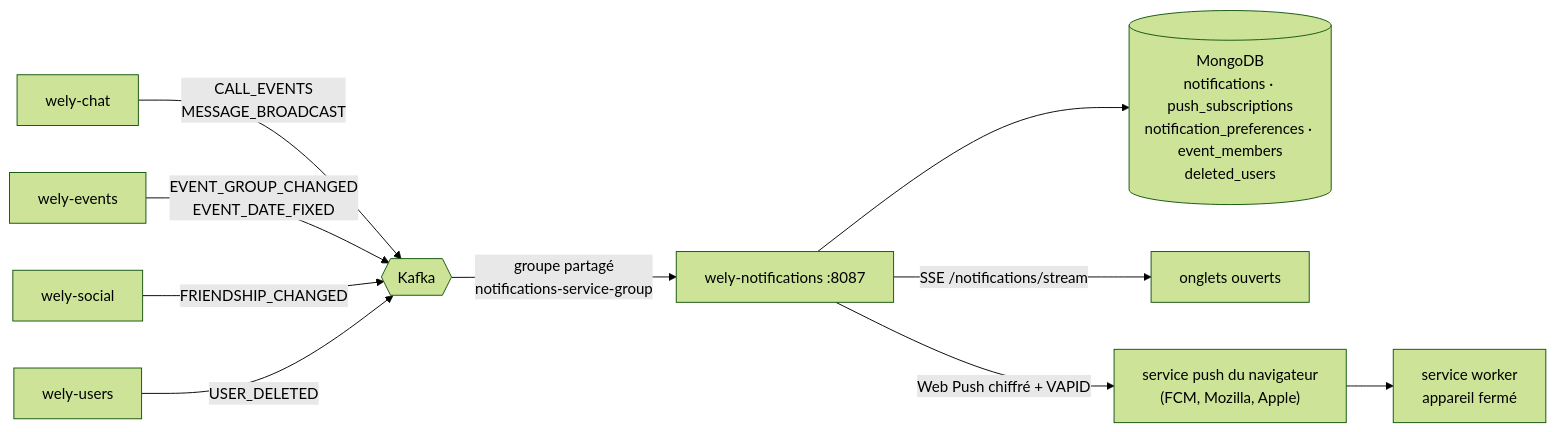
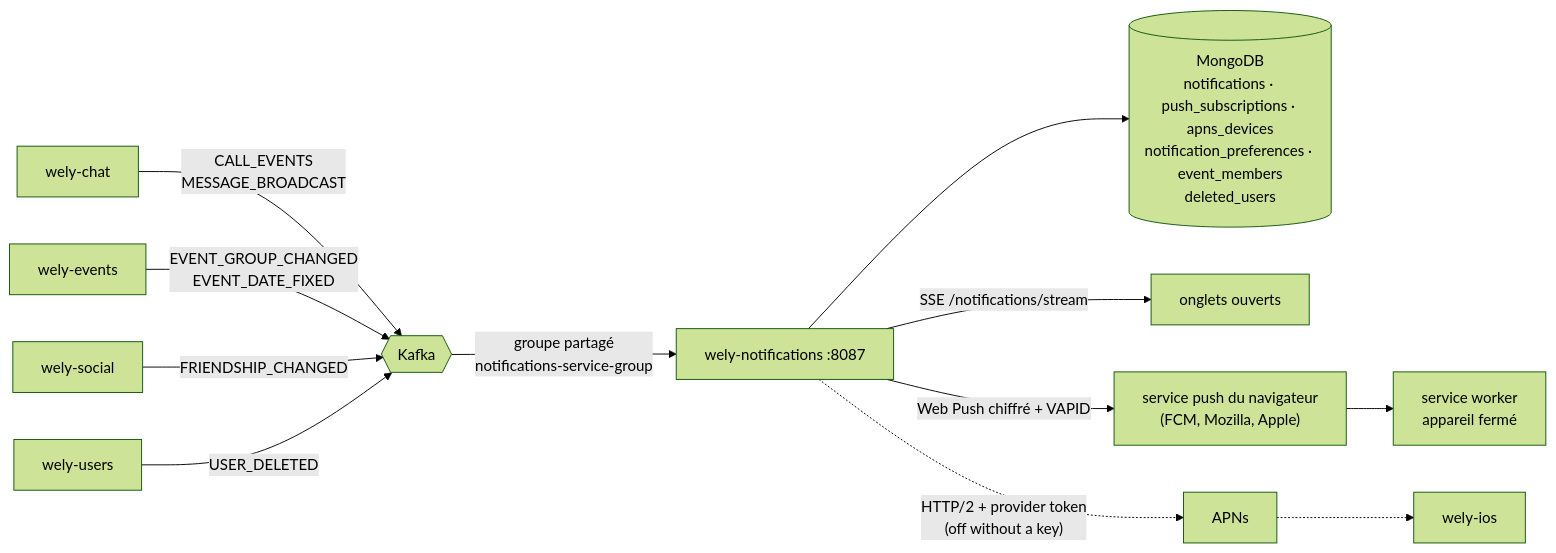
The diagram in README.md (WelyLabs/wely-notifications), drawn with Mermaid (forest theme) before and after one commit. The commit also changed other lines of this file and 46 other files, not shown here.

First line of the commit message:
feat(push): native iOS push through APNs, off until a key is configured

````diff
--- a/README.md
+++ b/README.md
@@ -39,14 +39,16 @@
 ```mermaid
 graph LR
     CHAT["wely-chat"] -->|"CALL_EVENTS<br/>MESSAGE_BROADCAST"| K{{Kafka}}
     EVT["wely-events"] -->|"EVENT_GROUP_CHANGED<br/>EVENT_DATE_FIXED"| K
     SOC["wely-social"] -->|"FRIENDSHIP_CHANGED"| K
     USR["wely-users"] -->|"USER_DELETED"| K
 
     K -->|"groupe partagé<br/>notifications-service-group"| N["wely-notifications :8087"]
 
-    N --> DB[("MongoDB<br/>notifications · push_subscriptions<br/>notification_preferences · event_members<br/>deleted_users")]
+    N --> DB[("MongoDB<br/>notifications · push_subscriptions · apns_devices<br/>notification_preferences · event_members<br/>deleted_users")]
     N -->|"SSE /notifications/stream"| WEB["onglets ouverts"]
     N -->|"Web Push chiffré + VAPID"| PS["service push du navigateur<br/>(FCM, Mozilla, Apple)"]
     PS --> SW["service worker<br/>appareil fermé"]
+    N -.->|"HTTP/2 + provider token<br/>(off without a key)"| APNS["APNs"]
+    APNS -.-> IOS["wely-ios"]
 ```
````
